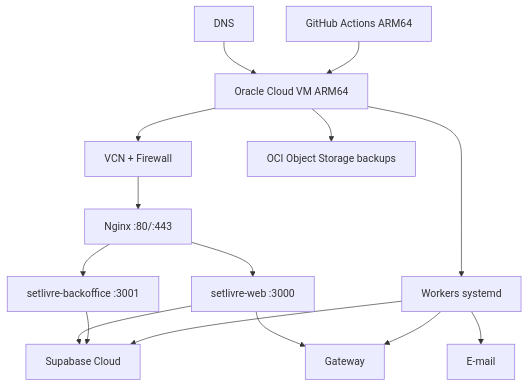
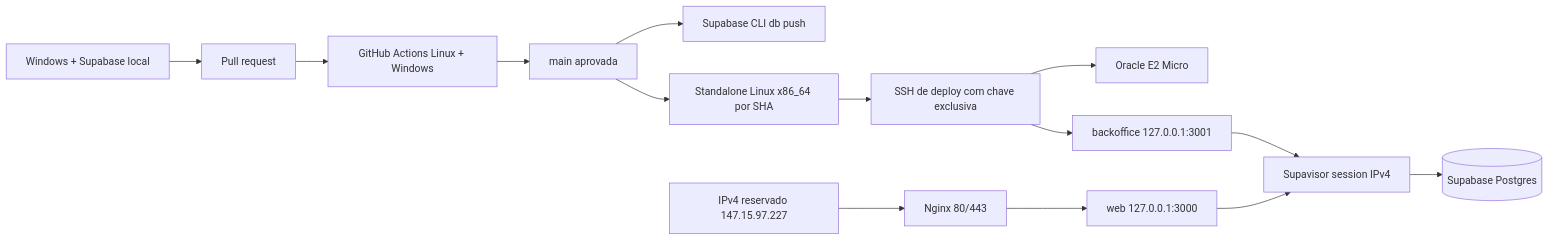
One commit to PedroRomeroM/set-livre changed the diagram in docs/infrastructure.md. Above: the diagram before and after it, drawn with Mermaid. The commit also changed other lines of this file and 228 other files, not shown here.

````diff
--- a/docs/infrastructure.md
+++ b/docs/infrastructure.md
@@ -5,19 +22,16 @@
 ```mermaid
-flowchart TB
-    DNS[DNS] --> OCI[Oracle Cloud VM ARM64]
-    OCI --> FW[VCN + Firewall]
-    FW --> NG[Nginx :80/:443]
-    NG --> WEB[setlivre-web :3000]
-    NG --> BO[setlivre-backoffice :3001]
-    OCI --> WK[Workers systemd]
-
-    WEB --> SB[Supabase Cloud]
-    BO --> SB
-    WK --> SB
-
-    WEB --> PAY[Gateway]
-    WK --> PAY
-    WK --> MAIL[E-mail]
-    OCI --> OBJ[OCI Object Storage backups]
-    CI[GitHub Actions ARM64] --> OCI
+flowchart LR
+    DEV[Windows + Supabase local] --> PR[Pull request]
+    PR --> CI[GitHub Actions Linux + Windows]
+    CI --> MAIN[main aprovada]
+    MAIN --> MIG[Supabase CLI db push]
+    MAIN --> ART[Standalone Linux x86_64 por SHA]
+    ART --> SSH[SSH de deploy com chave exclusiva]
+    SSH --> VM[Oracle E2 Micro]
+    IP[IPv4 reservado 147.15.97.227] --> NG[Nginx 80/443]
+    NG --> WEB[web 127.0.0.1:3000]
+    SSH --> BO[backoffice 127.0.0.1:3001]
+    WEB --> POOL[Supavisor session IPv4]
+    BO --> POOL
+    POOL --> DB[(Supabase Postgres)]
 ```
````
